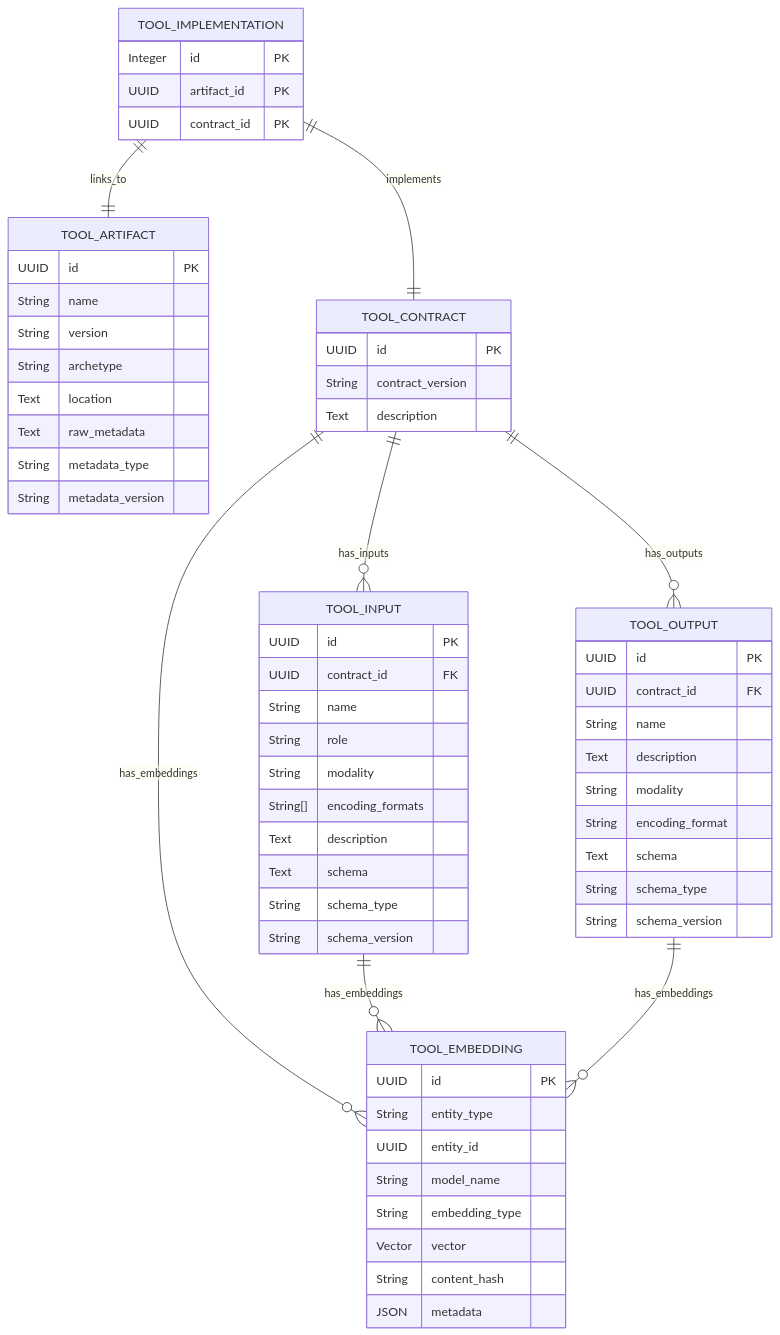
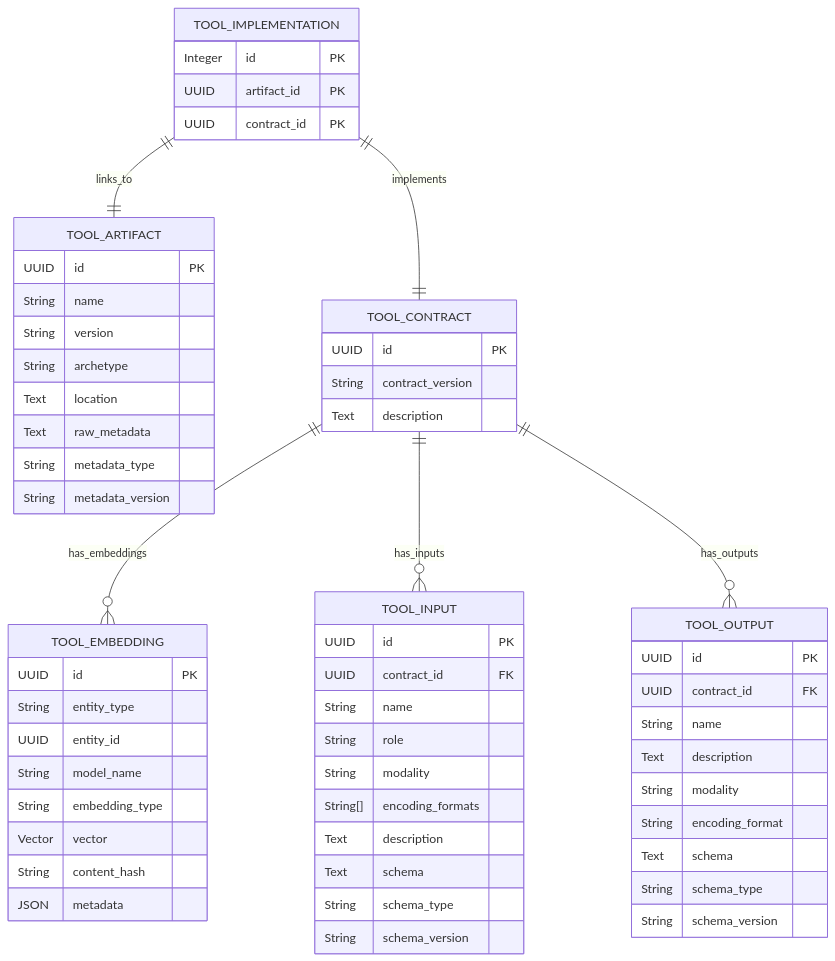
The diagram in README.md (EOSC-Data-Commons/toolmeta-models), drawn with Mermaid before and after one commit.

Commit message:
Update ER diagram

````diff
--- a/README.md
+++ b/README.md
@@ -6,74 +6,72 @@
 ```mermaid
 erDiagram
     %% Root table
     TOOL_IMPLEMENTATION {
         Integer id PK
         UUID artifact_id PK
         UUID contract_id PK
     }
     
     %% Artefact table
    TOOL_ARTIFACT {
         UUID id PK
         String name
         String version
         String archetype
         Text location
         Text raw_metadata
         String metadata_type
         String metadata_version
     }
     
     %% Tool contract table
     TOOL_CONTRACT {
         UUID id PK
         String contract_version
         Text description
     }
 
     TOOL_EMBEDDING {
         UUID id PK
         String entity_type
         UUID entity_id 
         String model_name
         String embedding_type
         Vector vector
         String content_hash
         JSON metadata
     }
     
     %% Inputs and outputs
     TOOL_INPUT {
         UUID id PK
         UUID contract_id FK
         String name
         String role
         String modality
         String[] encoding_formats
         Text description
         Text schema
         String schema_type
         String schema_version
     }
     
     TOOL_OUTPUT {
         UUID id PK
         UUID contract_id FK
         String name
         Text description
         String modality
         String encoding_format
         Text schema
         String schema_type
         String schema_version
     }
     
     %% Relationships
     TOOL_IMPLEMENTATION ||--|| TOOL_ARTIFACT : links_to
     TOOL_IMPLEMENTATION ||--|| TOOL_CONTRACT : implements
     TOOL_CONTRACT ||--o{ TOOL_EMBEDDING : has_embeddings
-    TOOL_INPUT ||--o{ TOOL_EMBEDDING : has_embeddings
-    TOOL_OUTPUT ||--o{ TOOL_EMBEDDING : has_embeddings
     TOOL_CONTRACT ||--o{ TOOL_INPUT : has_inputs
     TOOL_CONTRACT ||--o{ TOOL_OUTPUT : has_outputs
 ```
````
